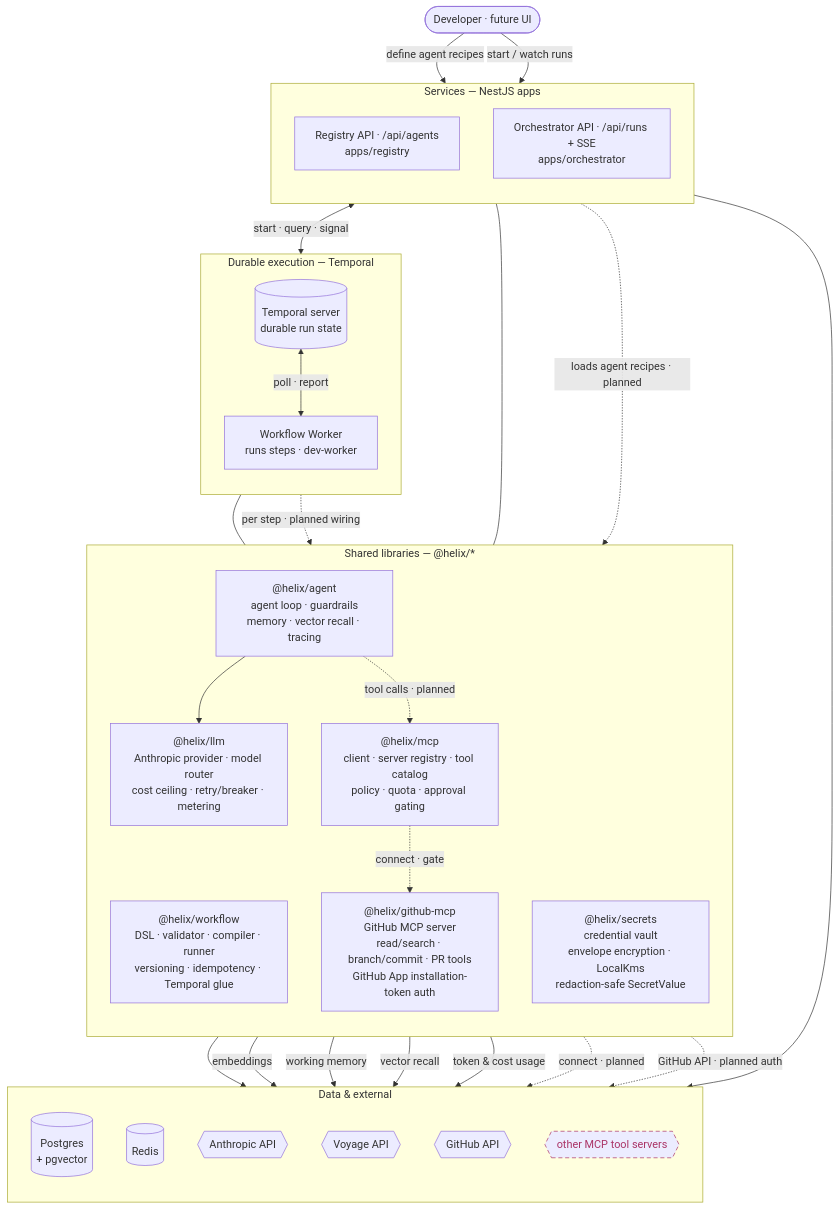
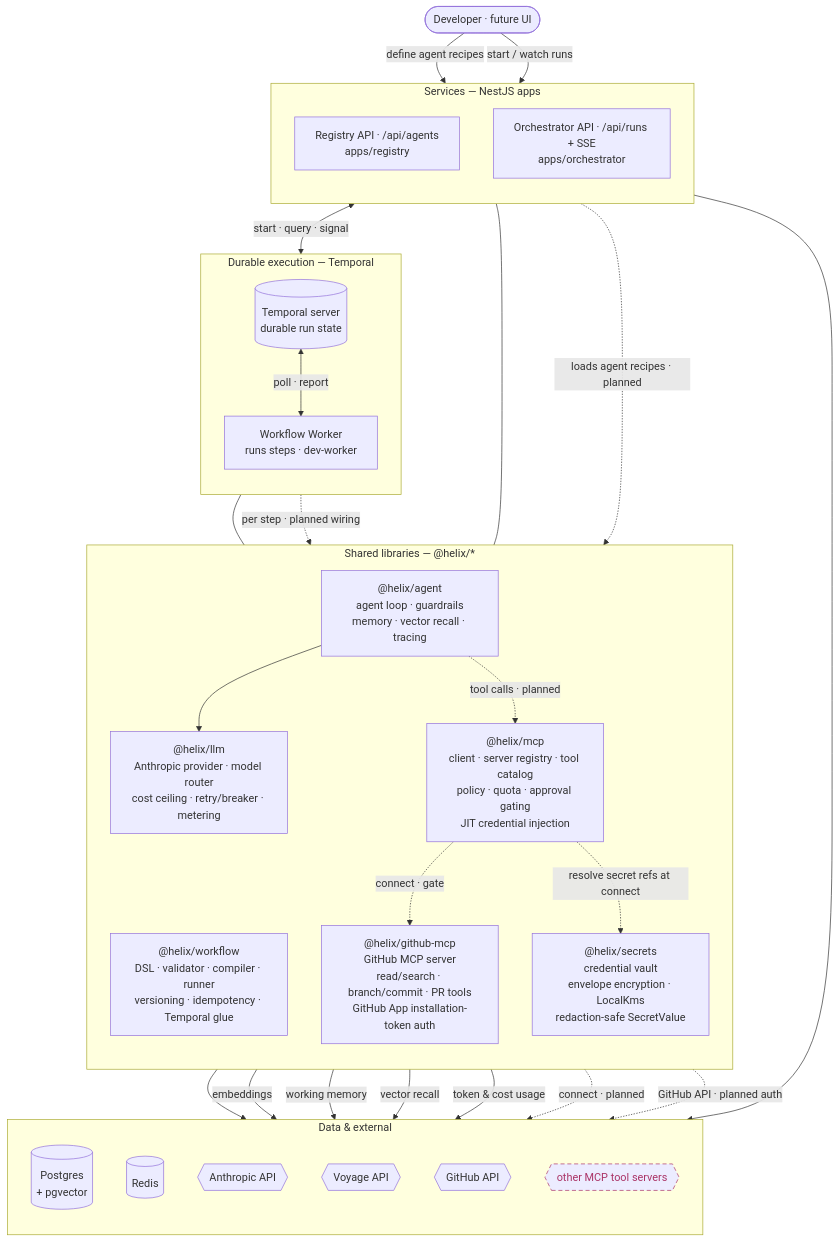
Before and after one commit to shhashhank/helix: the first of 2 diagrams in docs/ARCHITECTURE.md, drawn with Mermaid. The commit also changed 6 other files, not shown here.

First line of the commit message:
HELIX-91: just-in-time credential injection for MCP servers (#52)

````diff
--- a/docs/ARCHITECTURE.md
+++ b/docs/ARCHITECTURE.md
@@ -16,59 +16,60 @@
 ```mermaid
 flowchart TB
   user([Developer · future UI])
 
   subgraph svc["Services — NestJS apps"]
     direction TB
     reg["Registry API · /api/agents<br/>apps/registry"]
     orc["Orchestrator API · /api/runs + SSE<br/>apps/orchestrator"]
   end
 
   subgraph dur["Durable execution — Temporal"]
     direction TB
     tmp[("Temporal server<br/>durable run state")]
     wkr["Workflow Worker<br/>runs steps · dev-worker"]
   end
 
   subgraph lib["Shared libraries — @helix/*"]
     direction TB
     wf["@helix/workflow<br/>DSL · validator · compiler · runner<br/>versioning · idempotency · Temporal glue"]
     ag["@helix/agent<br/>agent loop · guardrails<br/>memory · vector recall · tracing"]
     lm["@helix/llm<br/>Anthropic provider · model router<br/>cost ceiling · retry/breaker · metering"]
-    mc["@helix/mcp<br/>client · server registry · tool catalog<br/>policy · quota · approval gating"]
+    mc["@helix/mcp<br/>client · server registry · tool catalog<br/>policy · quota · approval gating<br/>JIT credential injection"]
     gh["@helix/github-mcp<br/>GitHub MCP server<br/>read/search · branch/commit · PR tools<br/>GitHub App installation-token auth"]
     sec["@helix/secrets<br/>credential vault<br/>envelope encryption · LocalKms<br/>redaction-safe SecretValue"]
   end
 
   subgraph dat["Data & external"]
     direction TB
     pg[("Postgres<br/>+ pgvector")]
     rd[("Redis")]
     an{{Anthropic API}}
     vo{{Voyage API}}
     gha{{GitHub API}}
     ext{{other MCP tool servers}}
   end
 
   user -->|define agent recipes| reg
   user -->|start / watch runs| orc
   reg --> pg
   orc <-->|start · query · signal| tmp
   tmp <-->|poll · report| wkr
   wkr --- wf
   orc --- wf
   wkr -.->|per step · planned wiring| ag
   reg -.->|loads agent recipes · planned| ag
   ag --> lm
   ag -.->|tool calls · planned| mc
   lm --> an
   ag -->|embeddings| vo
   ag -->|working memory| rd
   ag -->|vector recall| pg
   lm -->|token & cost usage| pg
   mc -.->|connect · gate| gh
   mc -.->|connect · planned| ext
+  mc -.->|resolve secret refs at connect| sec
   gh -.->|GitHub API · planned auth| gha
 
   classDef planned stroke-dasharray:6 4,stroke:#a36,color:#a36;
   class ext planned;
 ```
````
